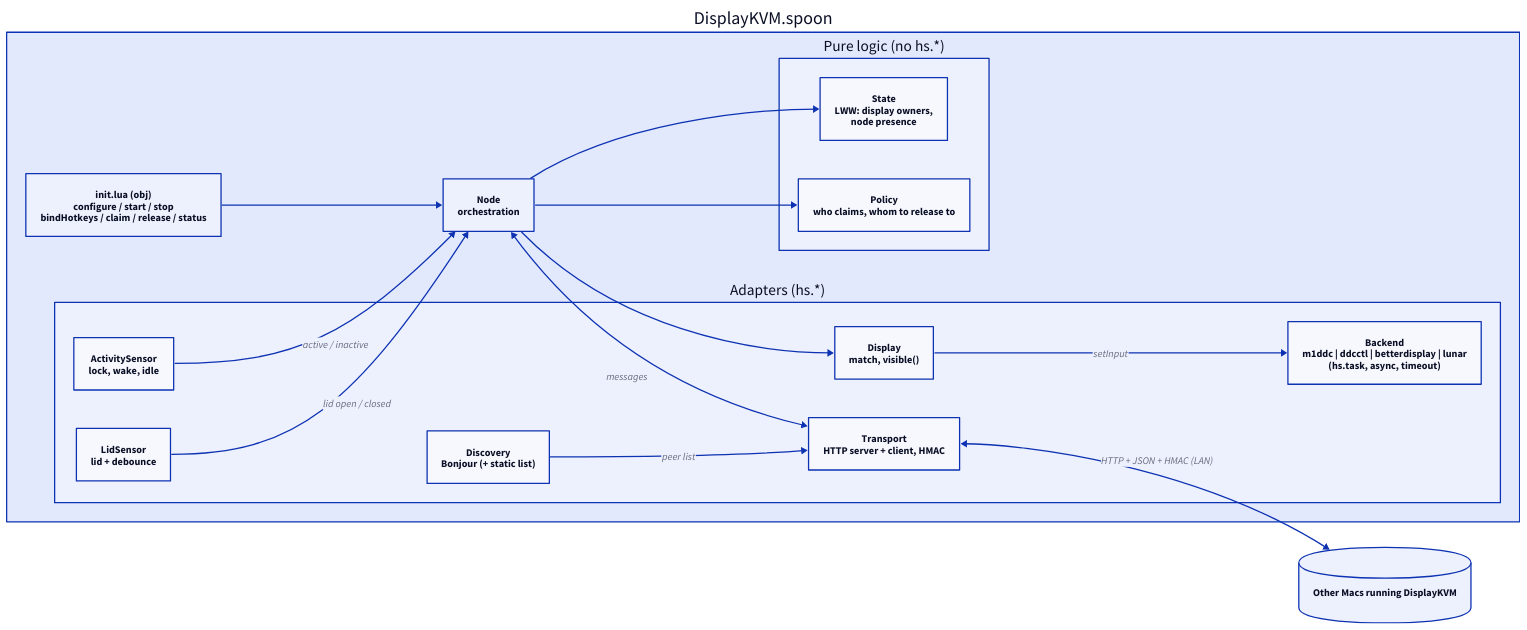
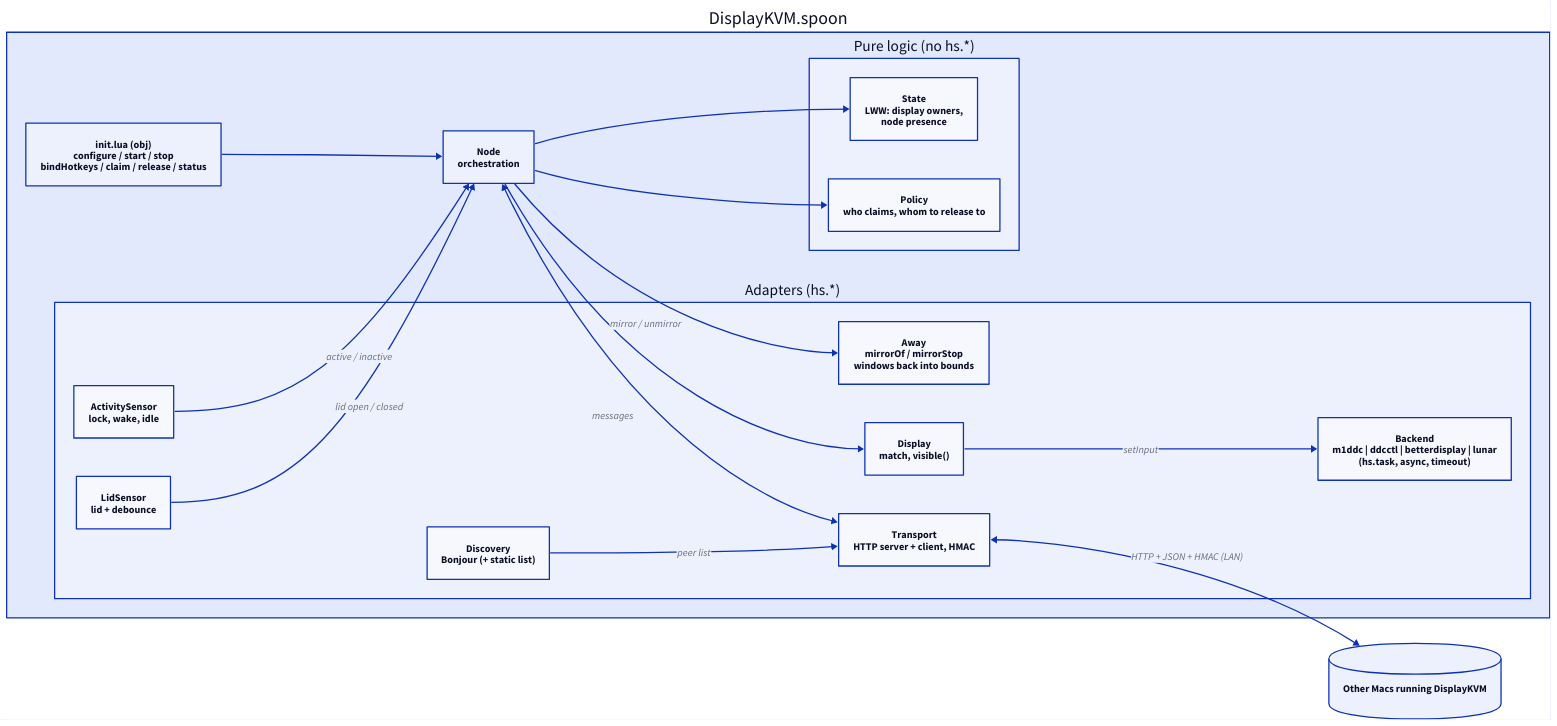
Before and after one commit to jabbas/DisplayKVM: the first of 2 diagrams in docs/design.md, drawn with D2. The commit also changed other lines of this file and 7 other files, not shown here.

Commit message:
updates version to 0.2.0, wires the mirror and documents control and whenAway

````diff
--- a/docs/design.md
+++ b/docs/design.md
@@ -105,30 +108,32 @@
 ```d2
 direction: right
 spoon: DisplayKVM.spoon {
   api: "init.lua (obj)\nconfigure / start / stop\nbindHotkeys / claim / release / status"
   node: "Node\norchestration"
   pure: "Pure logic (no hs.*)" {
     state: "State\nLWW: display owners,\nnode presence"
     policy: "Policy\nwho claims, whom to release to"
   }
   adapters: "Adapters (hs.*)" {
     activity: "ActivitySensor\nlock, wake, idle"
     lid: "LidSensor\nlid + debounce"
+    away: "Away\nmirrorOf / mirrorStop\nwindows back into bounds"
     display: "Display\nmatch, visible()"
     backend: "Backend\nm1ddc | ddcctl | betterdisplay | lunar\n(hs.task, async, timeout)"
     transport: "Transport\nHTTP server + client, HMAC"
     discovery: "Discovery\nBonjour (+ static list)"
   }
   api -> node
   node -> pure.state
   node -> pure.policy
   adapters.activity -> node: "active / inactive"
   adapters.lid -> node: "lid open / closed"
   node -> adapters.display
+  node -> adapters.away: "mirror / unmirror"
   adapters.display -> adapters.backend: "setInput"
   node <-> adapters.transport: "messages"
   adapters.discovery -> adapters.transport: "peer list"
 }
 peers: "Other Macs running DisplayKVM" {shape: cylinder}
 spoon.adapters.transport <-> peers: "HTTP + JSON + HMAC (LAN)"
 ```
````
